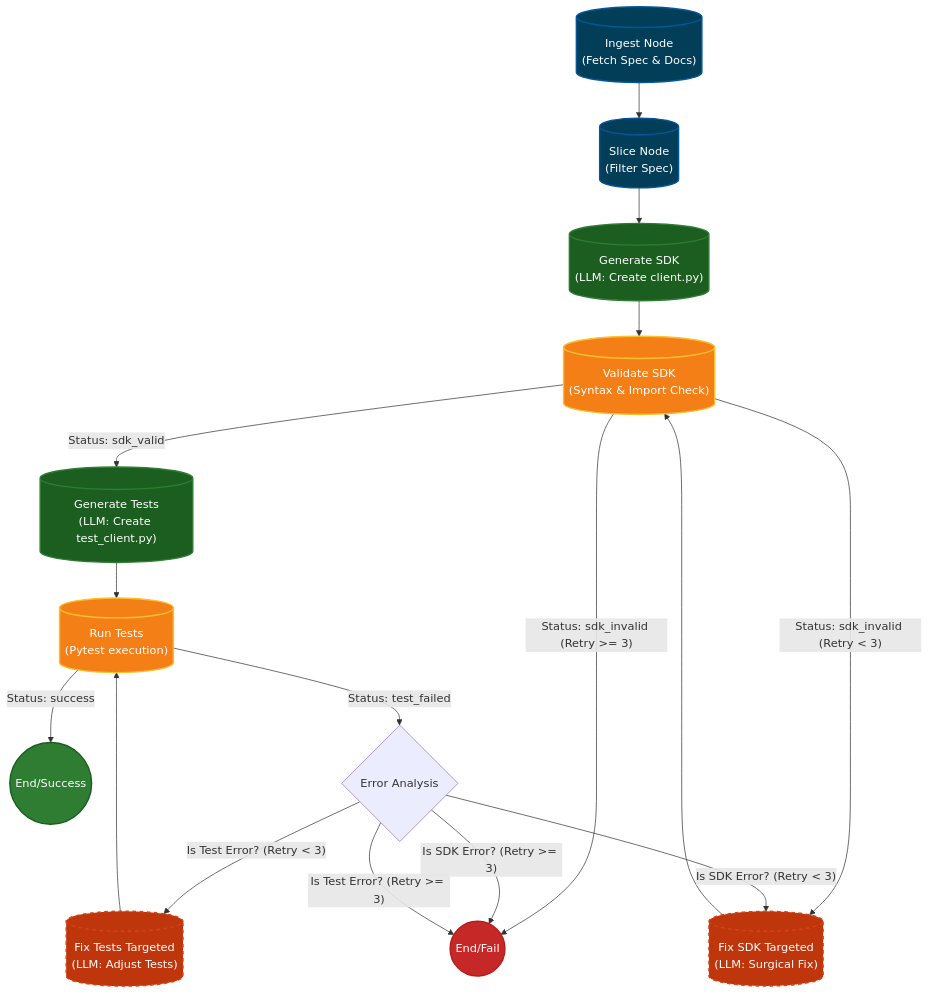
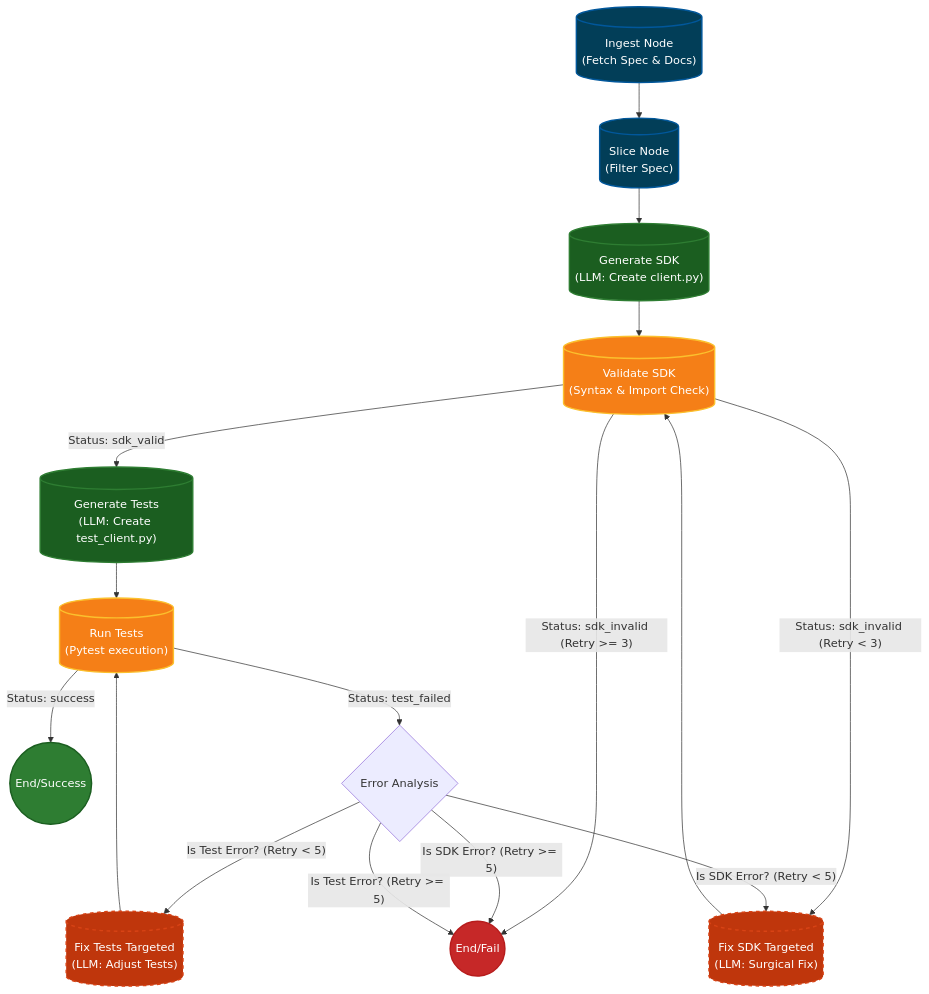
Before and after one commit to yashghogre/Rivet: the diagram in README.md, drawn with Mermaid. The commit also changed other lines of this file and 3 other files, not shown here.

````diff
--- a/README.md
+++ b/README.md
@@ -43,59 +43,59 @@
 ```mermaid
 graph TD
     %% Node Definitions
     Ingest[("Ingest Node<br/>(Fetch Spec & Docs)")]
     Slice[("Slice Node<br/>(Filter Spec)")]
     GenSDK[("Generate SDK<br/>(LLM: Create client.py)")]
     ValSDK[("Validate SDK<br/>(Syntax & Import Check)")]
     GenTests[("Generate Tests<br/>(LLM: Create test_client.py)")]
     RunTests[("Run Tests<br/>(Pytest execution)")]
     
     FixSDK[("Fix SDK Targeted<br/>(LLM: Surgical Fix)")]
     FixTests[("Fix Tests Targeted<br/>(LLM: Adjust Tests)")]
     
     %% End Node
     End((End/Success))
     Fail((End/Fail))
 
     %% Styles with Darker Backgrounds and Lighter Text
     style Ingest fill:#023e58,stroke:#01579b,stroke-width:2px,color:#ffffff
     style Slice fill:#023e58,stroke:#01579b,stroke-width:2px,color:#ffffff
     style GenSDK fill:#1b5e20,stroke:#2e7d32,stroke-width:2px,color:#ffffff
     style ValSDK fill:#f57f17,stroke:#fbc02d,stroke-width:2px,color:#ffffff
     style GenTests fill:#1b5e20,stroke:#2e7d32,stroke-width:2px,color:#ffffff
     style RunTests fill:#f57f17,stroke:#fbc02d,stroke-width:2px,color:#ffffff
     style FixSDK fill:#bf360c,stroke:#d84315,stroke-width:2px,stroke-dasharray: 5 5,color:#ffffff
     style FixTests fill:#bf360c,stroke:#d84315,stroke-width:2px,stroke-dasharray: 5 5,color:#ffffff
     style End fill:#2e7d32,stroke:#1b5e20,stroke-width:2px,color:#ffffff
     style Fail fill:#c62828,stroke:#b71c1c,stroke-width:2px,color:#ffffff
 
     %% Main Flow
     Ingest --> Slice
     Slice --> GenSDK
     GenSDK --> ValSDK
 
     %% Validation Routing (route_after_sdk_validation)
     ValSDK -- "Status: sdk_valid" --> GenTests
     ValSDK -- "Status: sdk_invalid (Retry < 3)" --> FixSDK
     ValSDK -- "Status: sdk_invalid (Retry >= 3)" --> Fail
 
     %% SDK Fix Loop (Validation Cycle)
     FixSDK --> ValSDK
 
     %% Test Flow
     GenTests --> RunTests
 
     %% Test Routing (route_after_test)
     RunTests -- "Status: success" --> End
     RunTests -- "Status: test_failed" --> Analyze{Error Analysis}
     
     %% Error Analysis Routing
-    Analyze -- "Is SDK Error? (Retry < 3)" --> FixSDK
-    Analyze -- "Is SDK Error? (Retry >= 3)" --> Fail
-    Analyze -- "Is Test Error? (Retry < 3)" --> FixTests
-    Analyze -- "Is Test Error? (Retry >= 3)" --> Fail
+    Analyze -- "Is SDK Error? (Retry < 5)" --> FixSDK
+    Analyze -- "Is SDK Error? (Retry >= 5)" --> Fail
+    Analyze -- "Is Test Error? (Retry < 5)" --> FixTests
+    Analyze -- "Is Test Error? (Retry >= 5)" --> Fail
 
     %% Test Fix Loop (Execution Cycle)
     %% Note: Test fixes go straight back to execution, skipping SDK validation
     FixTests --> RunTests
 ```
````
